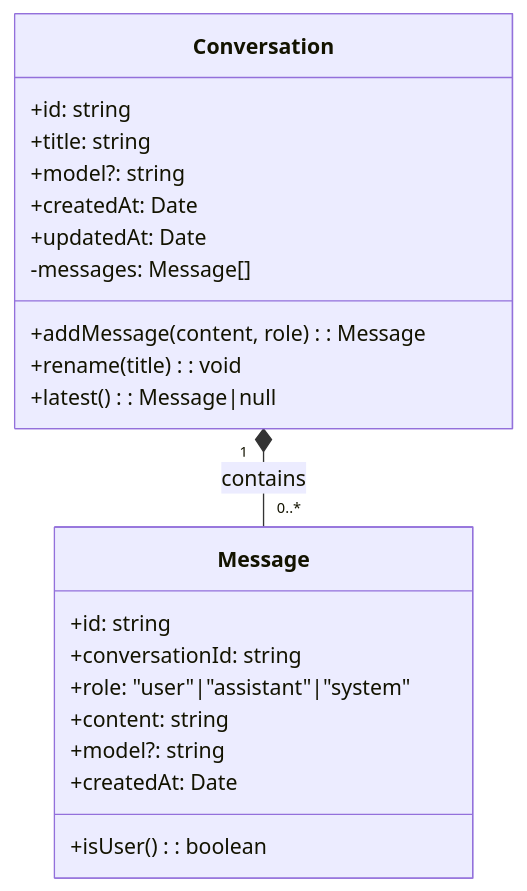
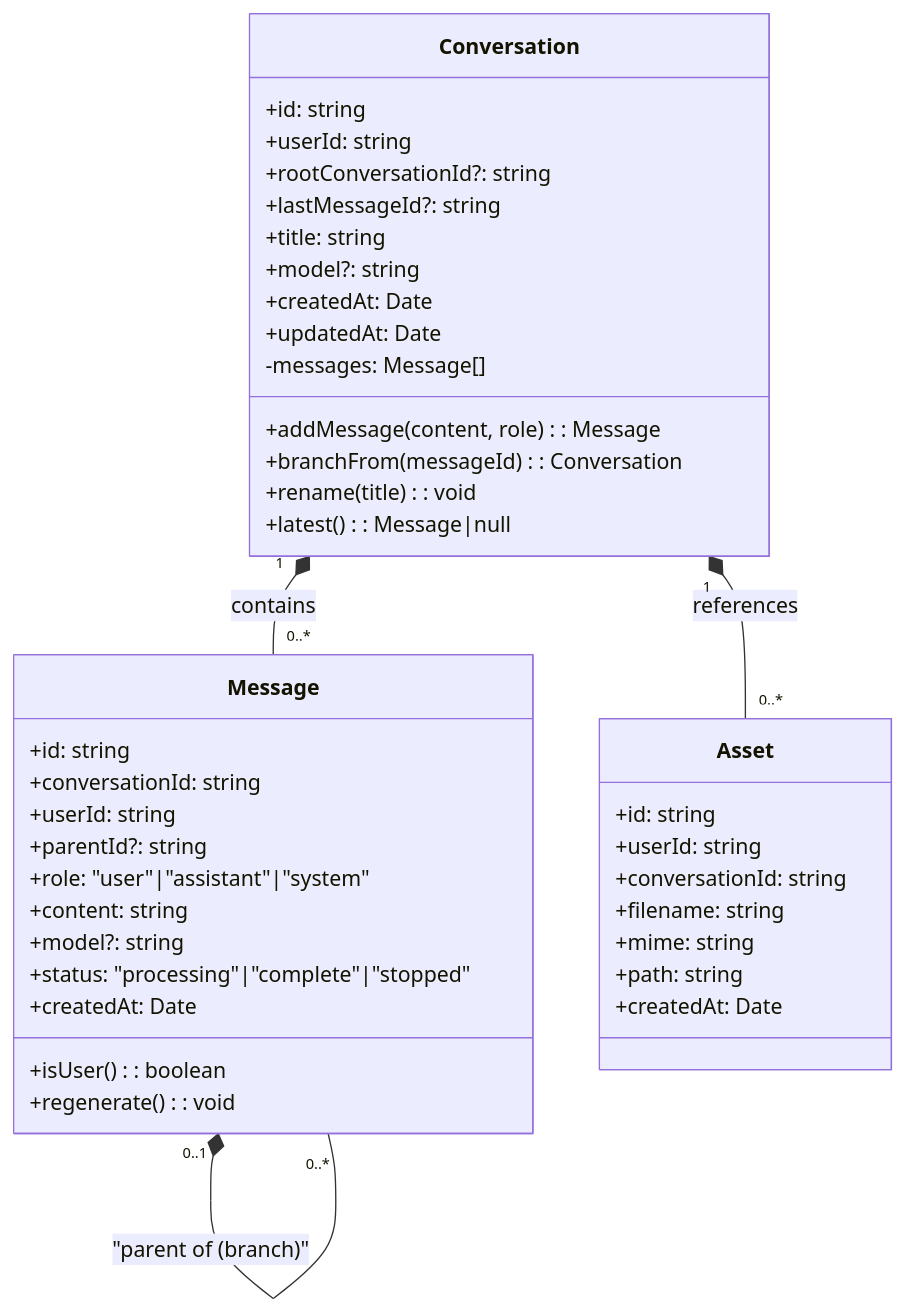
Before and after one commit to Glitch-guy0/chaiGPT: the second of 3 diagrams in _bmad-output/planning-artifacts/07-entity.md, drawn with Mermaid. The commit also changed other lines of this file and 5 other files, not shown here.

````diff
--- a/_bmad-output/planning-artifacts/07-entity.md
+++ b/_bmad-output/planning-artifacts/07-entity.md
@@ -27,24 +64,43 @@
 ```mermaid
 classDiagram
     class Conversation {
         +id: string
+        +userId: string
+        +rootConversationId?: string
+        +lastMessageId?: string
         +title: string
         +model?: string
         +createdAt: Date
         +updatedAt: Date
         -messages: Message[]
         +addMessage(content, role): Message
+        +branchFrom(messageId): Conversation
         +rename(title): void
         +latest(): Message|null
     }
     class Message {
         +id: string
         +conversationId: string
+        +userId: string
+        +parentId?: string
         +role: "user"|"assistant"|"system"
         +content: string
         +model?: string
+        +status: "processing"|"complete"|"stopped"
         +createdAt: Date
         +isUser(): boolean
+        +regenerate(): void
+    }
+    class Asset {
+        +id: string
+        +userId: string
+        +conversationId: string
+        +filename: string
+        +mime: string
+        +path: string
+        +createdAt: Date
     }
     Conversation "1" *-- "0..*" Message : contains
+    Conversation "1" *-- "0..*" Asset : references
+    Message "0..1" *-- "0..*" Message : "parent of (branch)"
 ```
````
